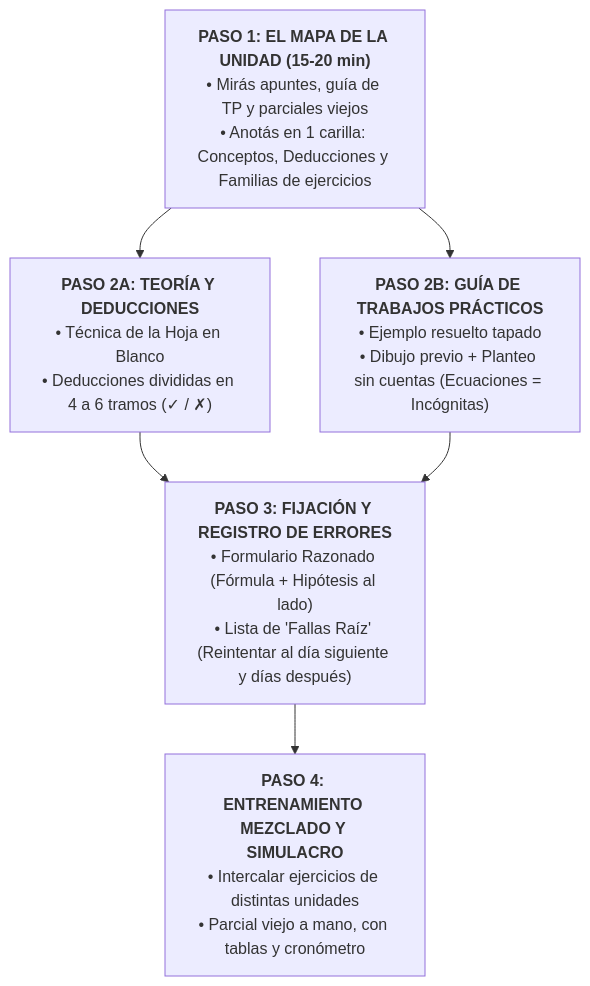
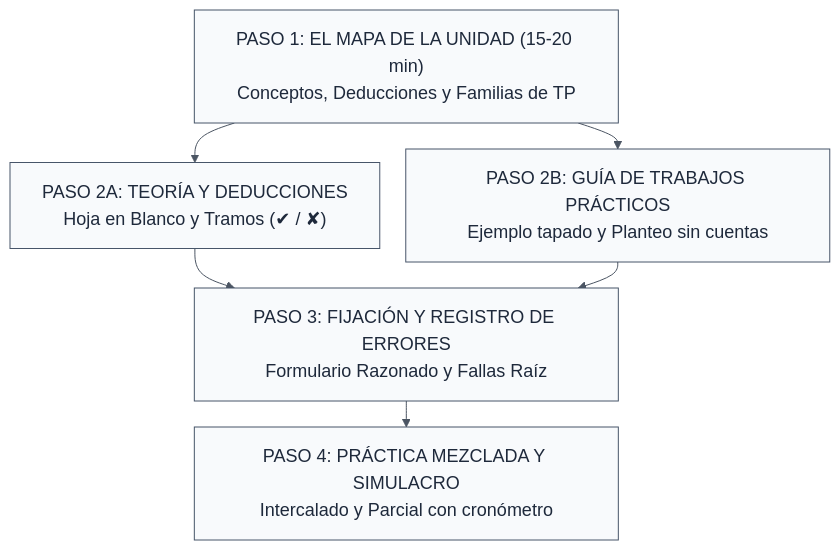
The diagram in src/site/notes/20. Áreas/Sistema de Estudio con IA/08 - Sistema de Estudio Tradicional (En Papel o con IA Simple).md (benjat3/guias-ia-facu), drawn with Mermaid before and after one commit. The commit also changed other lines of this file and 1 other file, not shown here.

````diff
--- a/src/site/notes/20. Áreas/Sistema de Estudio con IA/08 - Sistema de Estudio Tradicional (En Papel o con IA Simple).md
+++ b/src/site/notes/20. Áreas/Sistema de Estudio con IA/08 - Sistema de Estudio Tradicional (En Papel o con IA Simple).md
@@ -33,18 +35,8 @@
 ```mermaid
+%%{init: {'theme': 'base', 'themeVariables': {'fontSize': '18px', 'primaryColor': '#f8fafc', 'primaryTextColor': '#1e293b', 'primaryBorderColor': '#475569', 'lineColor': '#4b5563'}, 'flowchart': {'htmlLabels': false, 'wrappingWidth': 360, 'nodeSpacing': 26, 'rankSpacing': 26, 'padding': 16}}}%%
 flowchart TD
-    F1["<b>PASO 1: EL MAPA DE LA UNIDAD (15-20 min)</b><br>• Mirás apuntes, guía de TP y parciales viejos<br>• Anotás en 1 carilla: Conceptos, Deducciones y Familias de ejercicios"]
-    
-    F2A["<b>PASO 2A: TEORÍA Y DEDUCCIONES</b><br>• Técnica de la Hoja en Blanco<br>• Deducciones divididas en 4 a 6 tramos (✓ / ✗)"]
-    
-    F2B["<b>PASO 2B: GUÍA DE TRABAJOS PRÁCTICOS</b><br>• Ejemplo resuelto tapado<br>• Dibujo previo + Planteo sin cuentas (Ecuaciones = Incógnitas)"]
-    
-    F3["<b>PASO 3: FIJACIÓN Y REGISTRO DE ERRORES</b><br>• Formulario Razonado (Fórmula + Hipótesis al lado)<br>• Lista de 'Fallas Raíz' (Reintentar al día siguiente y días después)"]
-    
-    F4["<b>PASO 4: ENTRENAMIENTO MEZCLADO Y SIMULACRO</b><br>• Intercalar ejercicios de distintas unidades<br>• Parcial viejo a mano, con tablas y cronómetro"]
-
-    F1 --> F2A
-    F1 --> F2B
-    F2A --> F3
-    F2B --> F3
-    F3 --> F4
+    F1["PASO 1: EL MAPA DE LA UNIDAD (15-20 min)<br/>Conceptos, Deducciones y Familias de TP"] --> F2A["PASO 2A: TEORÍA Y DEDUCCIONES<br/>Hoja en Blanco y Tramos (✔ / ✘)"]
+    F1 --> F2B["PASO 2B: GUÍA DE TRABAJOS PRÁCTICOS<br/>Ejemplo tapado y Planteo sin cuentas"]
+    F2A & F2B --> F3["PASO 3: FIJACIÓN Y REGISTRO DE ERRORES<br/>Formulario Razonado y Fallas Raíz"]
+    F3 --> F4["PASO 4: PRÁCTICA MEZCLADA Y SIMULACRO<br/>Intercalado y Parcial con cronómetro"]
 ```
````
